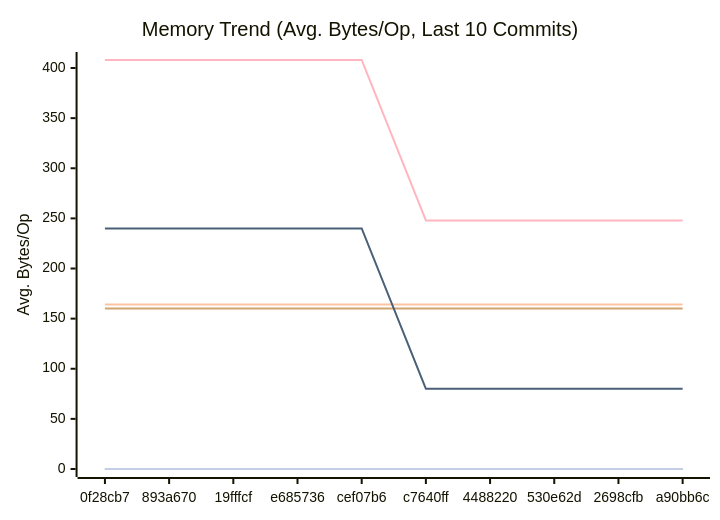
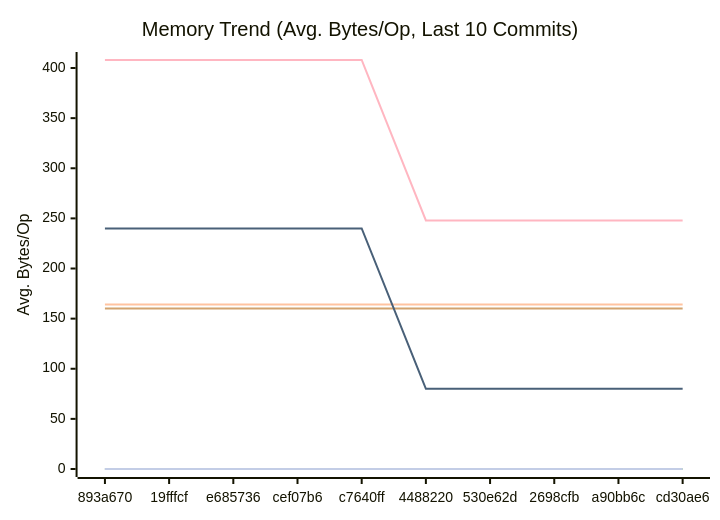
Before and after one commit to alsotoes/momo: the second of 3 diagrams in docs/PERFORMANCE.md, drawn with Mermaid. The commit also changed other lines of this file and 6 other files, not shown here.

````diff
--- a/docs/PERFORMANCE.md
+++ b/docs/PERFORMANCE.md
@@ -97,16 +97,16 @@
 ```mermaid
 xychart-beta
     title "Memory Trend (Avg. Bytes/Op, Last 10 Commits)"
     x-axis "Commit"
     y-axis "Avg. Bytes/Op"
-    x-axis [0f28cb7,893a670,19fffcf,e685736,cef07b6,c7640ff,4488220,530e62d,2698cfb,a90bb6c]
+    x-axis [893a670,19fffcf,e685736,cef07b6,c7640ff,4488220,530e62d,2698cfb,a90bb6c,cd30ae6]
     line "CheckMetricsAndSwap" [0,0,0,0,0,0,0,0,0,0]
     line "CrushOptimized" [0,0,0,0,0,0,0,0,0,0]
     line "CrushOriginal" [164,164,164,164,164,164,164,164,164,164]
     line "IndexDirectTracking" [0,0,0,0,0,0,0,0,0,0]
     line "IndexSearch" [0,0,0,0,0,0,0,0,0,0]
     line "LoadGlobalConfig" [160,160,160,160,160,160,160,160,160,160]
     line "PadString" [0,0,0,0,0,0,0,0,0,0]
     line "ParseReplicationOrder_NoPrealloc" [408,408,408,408,408,248,248,248,248,248]
     line "ParseReplicationOrder_Prealloc" [240,240,240,240,240,80,80,80,80,80]
 ```
````
